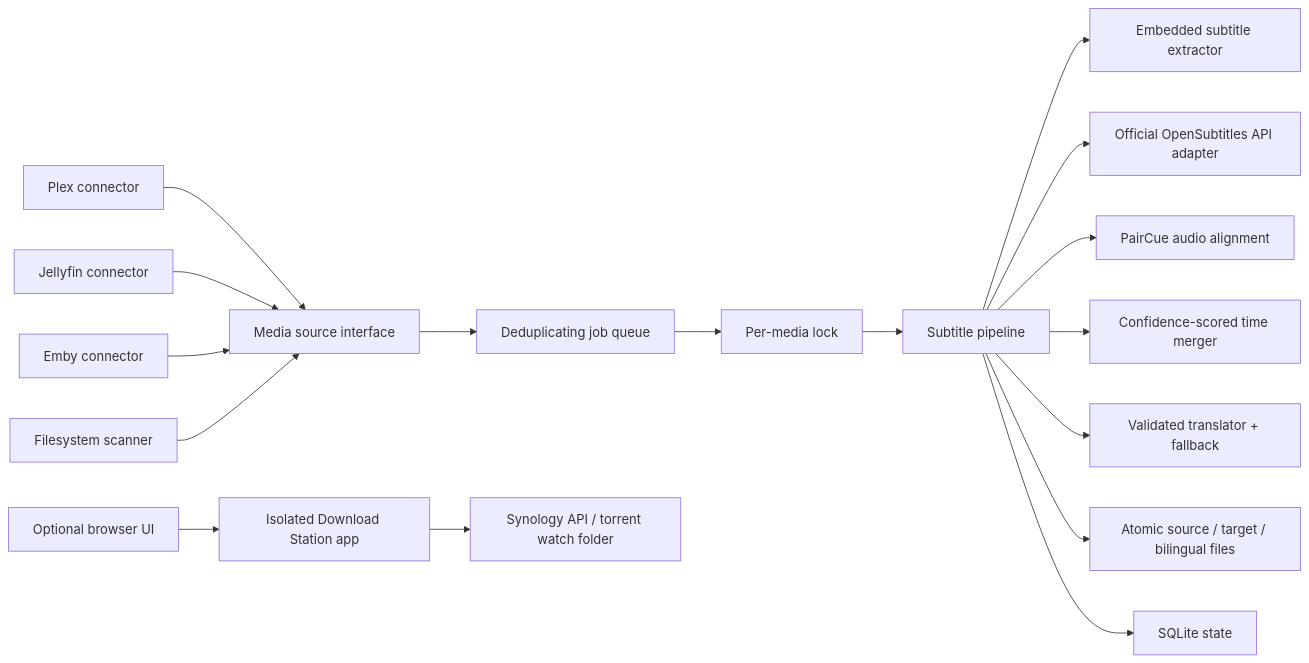
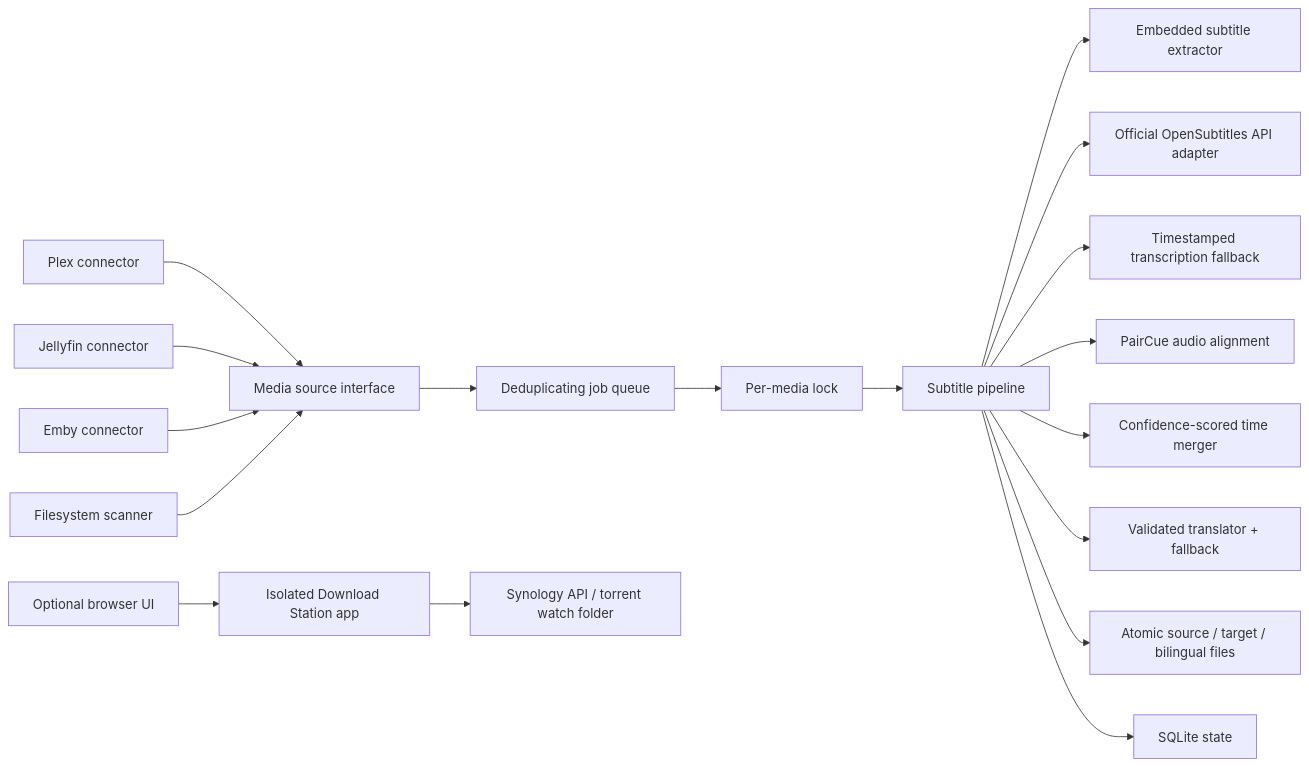
Before and after one commit to NLINEA/PairCue: the diagram in ARCHITECTURE.md, drawn with Mermaid. The commit also changed other lines of this file and 32 other files, not shown here.

````diff
--- a/ARCHITECTURE.md
+++ b/ARCHITECTURE.md
@@ -16,20 +16,21 @@
 ```mermaid
 flowchart LR
     Plex["Plex connector"] --> Source["Media source interface"]
     Jellyfin["Jellyfin connector"] --> Source
     Emby["Emby connector"] --> Source
     Folder["Filesystem scanner"] --> Source
     Source --> Queue["Deduplicating job queue"]
     Queue --> Lock["Per-media lock"]
     Lock --> Pipeline["Subtitle pipeline"]
     Pipeline --> Embedded["Embedded subtitle extractor"]
     Pipeline --> Provider["Official OpenSubtitles API adapter"]
+    Pipeline --> Transcribe["Timestamped transcription fallback"]
     Pipeline --> Sync["PairCue audio alignment"]
     Pipeline --> Merge["Confidence-scored time merger"]
     Pipeline --> Translate["Validated translator + fallback"]
     Pipeline --> Output["Atomic source / target / bilingual files"]
     Pipeline --> State["SQLite state"]
 
     Browser["Optional browser UI"] --> DownloadAPI["Isolated Download Station app"]
     DownloadAPI --> Synology["Synology API / torrent watch folder"]
 ```
````
